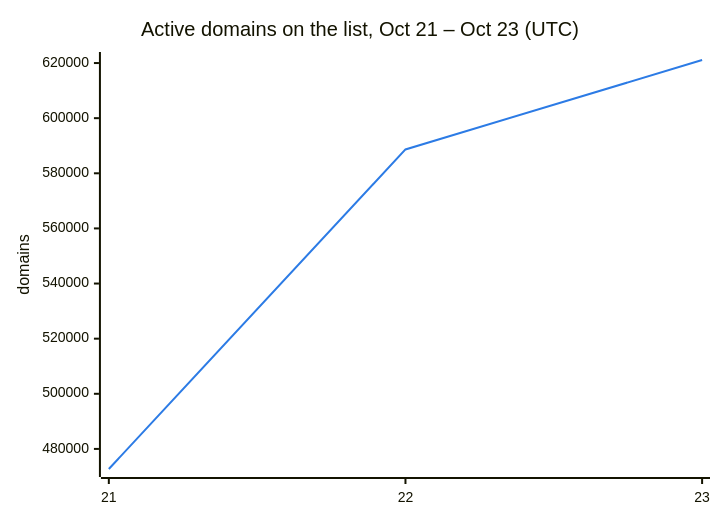
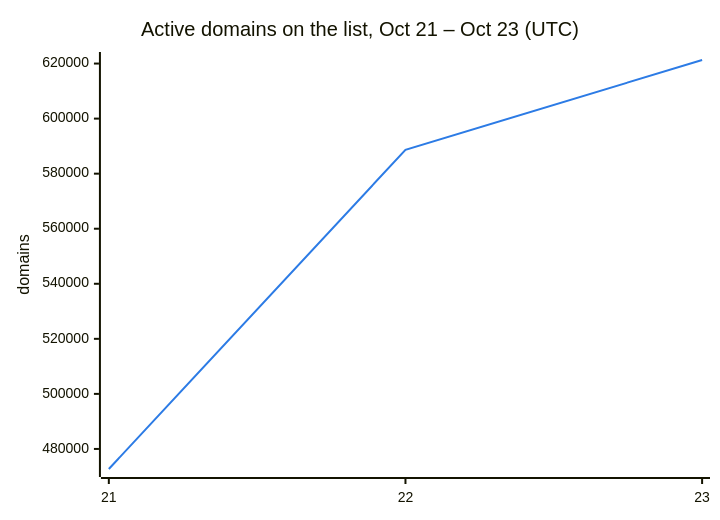
Before and after one commit to DNSBunker/CTI: the second of 3 diagrams in README.md, drawn with Mermaid. The commit also changed other lines of this file and 3 other files, not shown here.

````diff
--- a/README.md
+++ b/README.md
@@ -38,8 +38,8 @@
 ```mermaid
 %%{init: {"themeVariables": {"xyChart": {"plotColorPalette": "#2c7be5"}}}}%%
 xychart-beta
     title "Active domains on the list, Oct 21 – Oct 23 (UTC)"
     x-axis ["21", "22", "23"]
     y-axis "domains"
-    line [472713, 588659, 621105]
+    line [472713, 588659, 621292]
 ```
````
